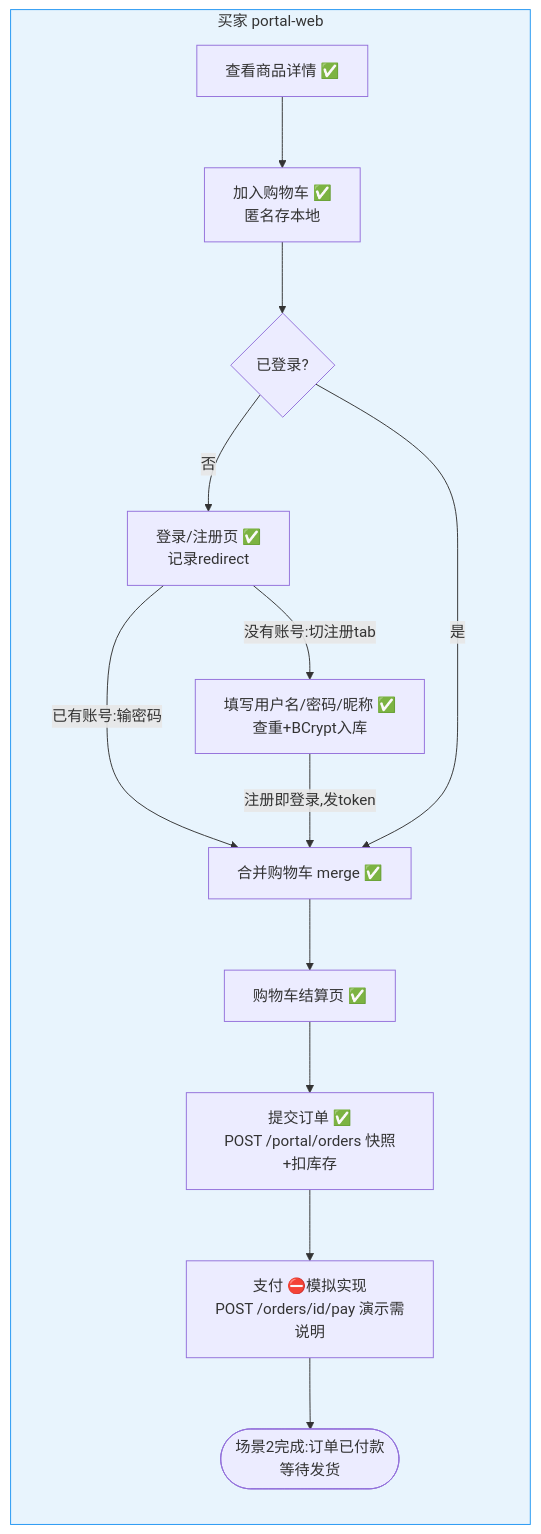
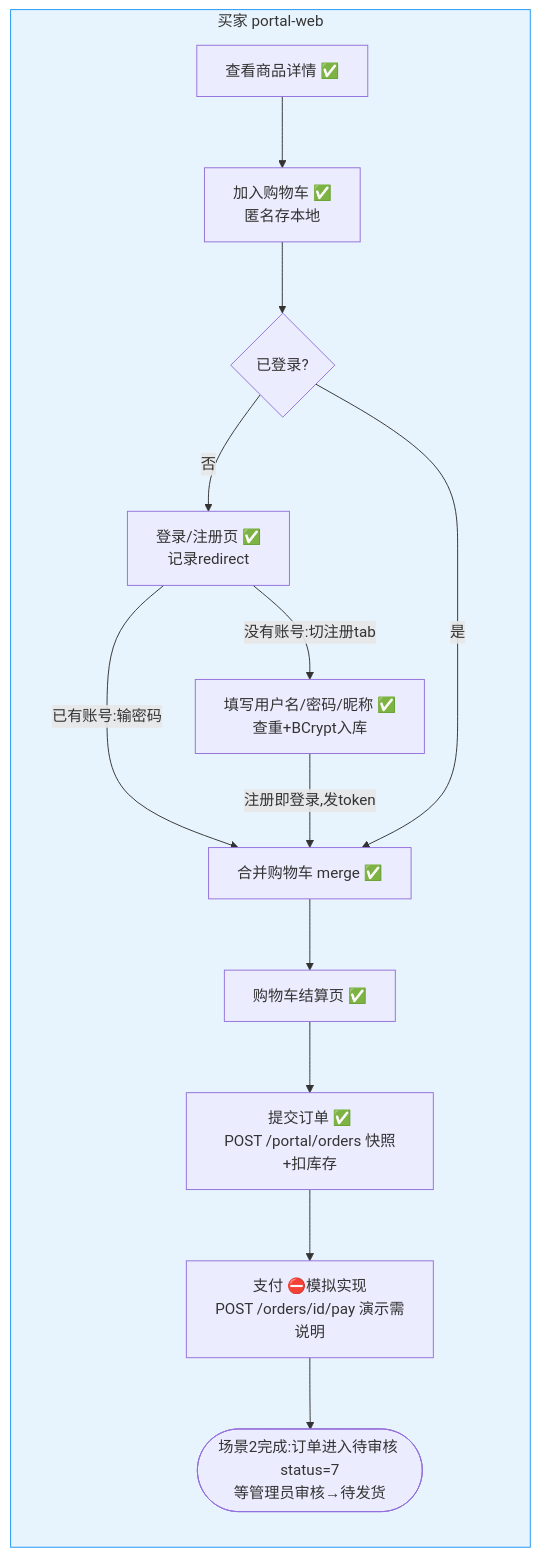
Before and after one commit to zzy-repo/qiqi-mall: the diagram in docs/flows/02-业务场景/4-场景2-购买下单.mmd, drawn with Mermaid. The commit also changed 7 other files, not shown here.

Commit message:
docs: 状态机/场景图文案对齐口径②（支付后直接进待审核，1已付款为瞬时态）+ 走查脚本预期同步 + 三张图重渲染

```diff
--- a/docs/flows/02-业务场景/4-场景2-购买下单.mmd
+++ b/docs/flows/02-业务场景/4-场景2-购买下单.mmd
@@ -1,14 +1,14 @@
 flowchart LR
     subgraph Buyer[买家 portal-web]
         B0[查看商品详情 ✅] --> B1[加入购物车 ✅<br/>匿名存本地]
         B1 --> B2{已登录?}
         B2 -- 否 --> L[登录/注册页 ✅<br/>记录redirect]
         L -- 已有账号:输密码 --> M[合并购物车 merge ✅]
         L -- 没有账号:切注册tab --> R[填写用户名/密码/昵称 ✅<br/>查重+BCrypt入库]
         R -- 注册即登录,发token --> M
         B2 -- 是 --> M
         M --> B3[购物车结算页 ✅] --> B4[提交订单 ✅<br/>POST /portal/orders 快照+扣库存]
         B4 --> B5[支付 ⛔模拟实现<br/>POST /orders/id/pay 演示需说明]
-        B5 --> Done2([场景2完成:订单已付款<br/>等待发货])
+        B5 --> Done2([场景2完成:订单进入待审核 status=7<br/>等管理员审核→待发货])
     end
     style Buyer fill:#e8f4fd,stroke:#2196f3
```
